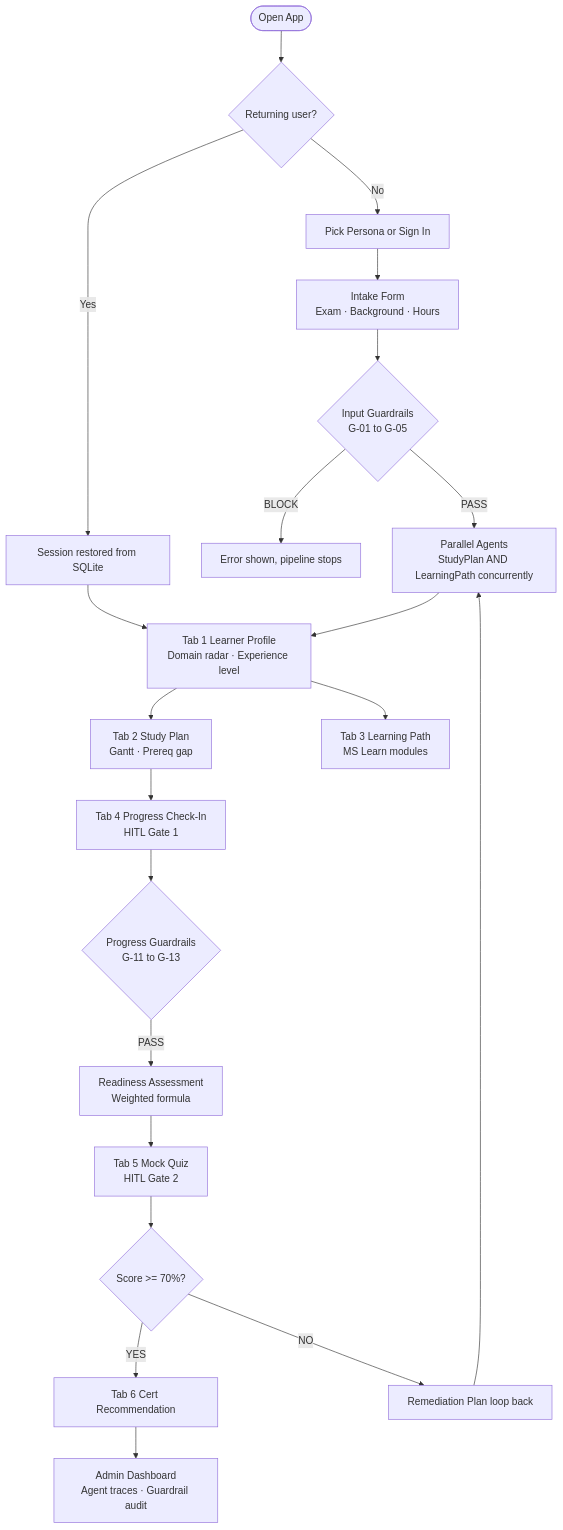
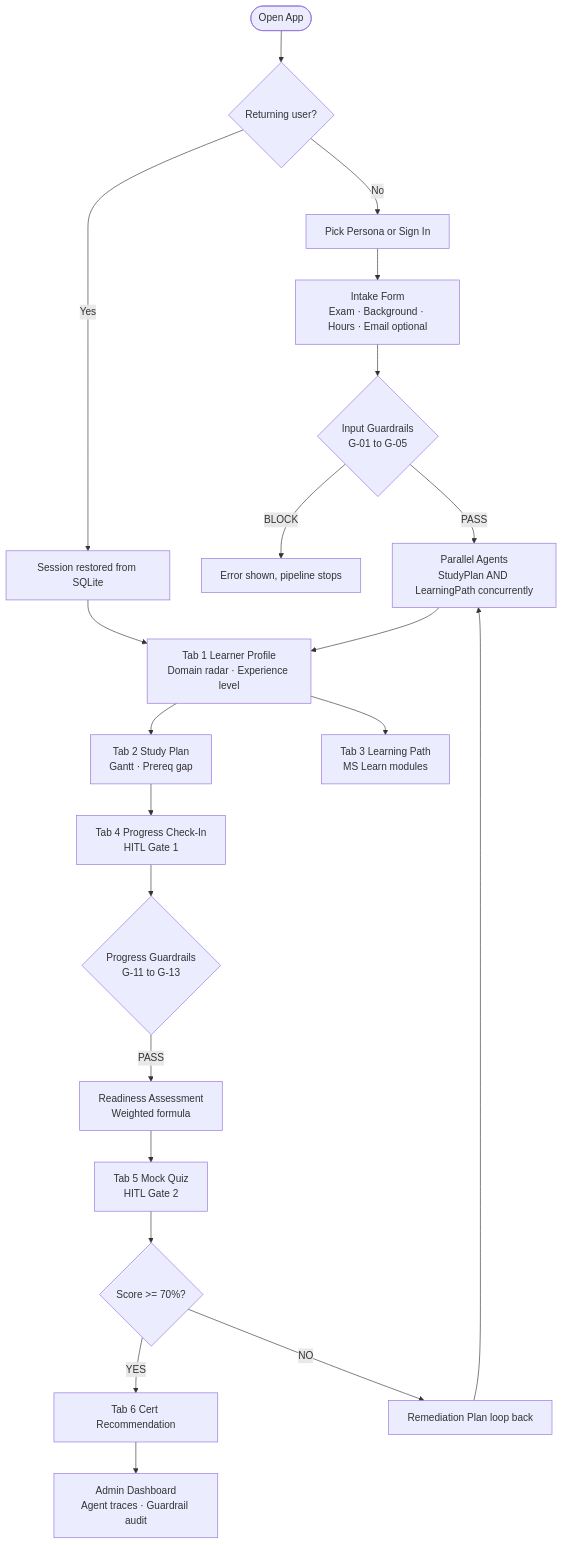
The first of 2 diagrams in README.md (athiq-ahmed/agentsleague), drawn with Mermaid before and after one commit. The commit also changed other lines of this file and 12 other files, not shown here.

First line of the commit message:
feat: email intake field, user flow + tech docs + judge playbook, move PDFs to generated/

````diff
--- a/README.md
+++ b/README.md
@@ -41,23 +105,23 @@
 ```mermaid
 flowchart TD
     A([Open App]) --> B{Returning user?}
     B -- No --> C[Pick Persona or Sign In]
     B -- Yes --> D[Session restored from SQLite]
-    C --> E[Intake Form\nExam · Background · Hours]
+    C --> E[Intake Form\nExam · Background · Hours · Email optional]
     E --> F{Input Guardrails\nG-01 to G-05}
     F -- BLOCK --> G[Error shown, pipeline stops]
     F -- PASS --> H[Parallel Agents\nStudyPlan AND LearningPath concurrently]
     D --> I
     H --> I[Tab 1 Learner Profile\nDomain radar · Experience level]
     I --> J[Tab 2 Study Plan\nGantt · Prereq gap]
     I --> K[Tab 3 Learning Path\nMS Learn modules]
     J --> L[Tab 4 Progress Check-In\nHITL Gate 1]
     L --> M{Progress Guardrails\nG-11 to G-13}
     M -- PASS --> O[Readiness Assessment\nWeighted formula]
     O --> P[Tab 5 Mock Quiz\nHITL Gate 2]
     P --> R{Score >= 70%?}
     R -- YES --> S[Tab 6 Cert Recommendation]
     R -- NO --> T[Remediation Plan loop back]
     S --> U[Admin Dashboard\nAgent traces · Guardrail audit]
     T --> H
 ```
````
